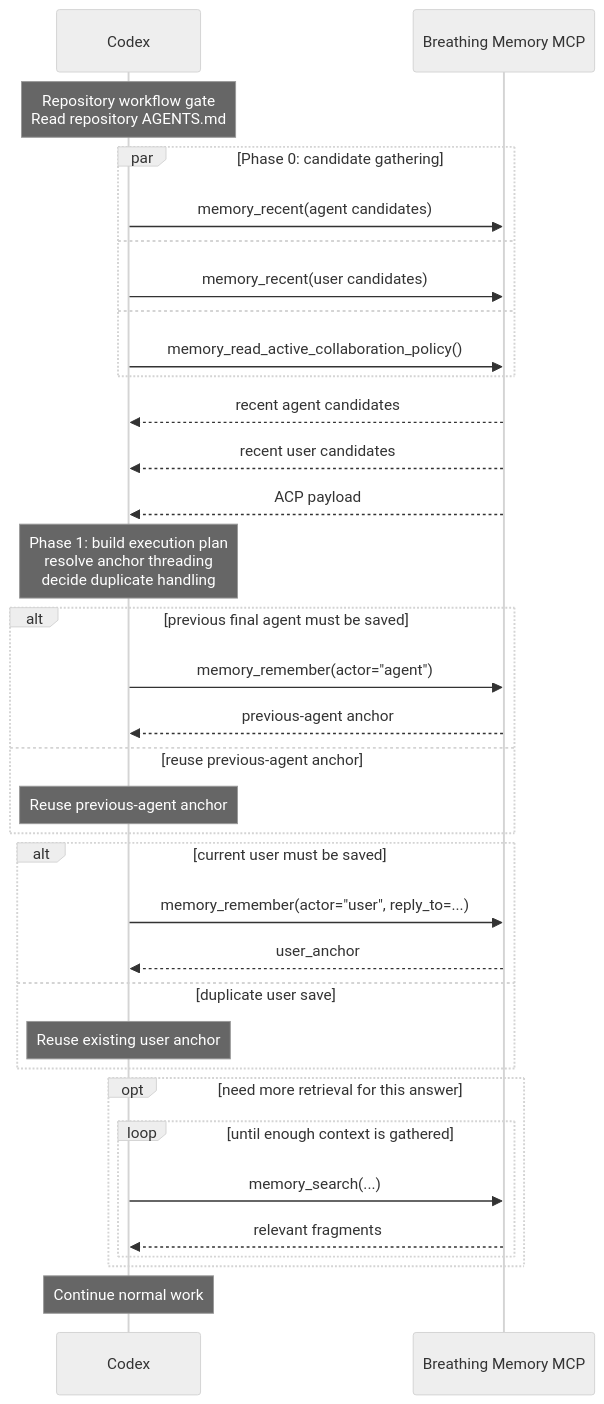
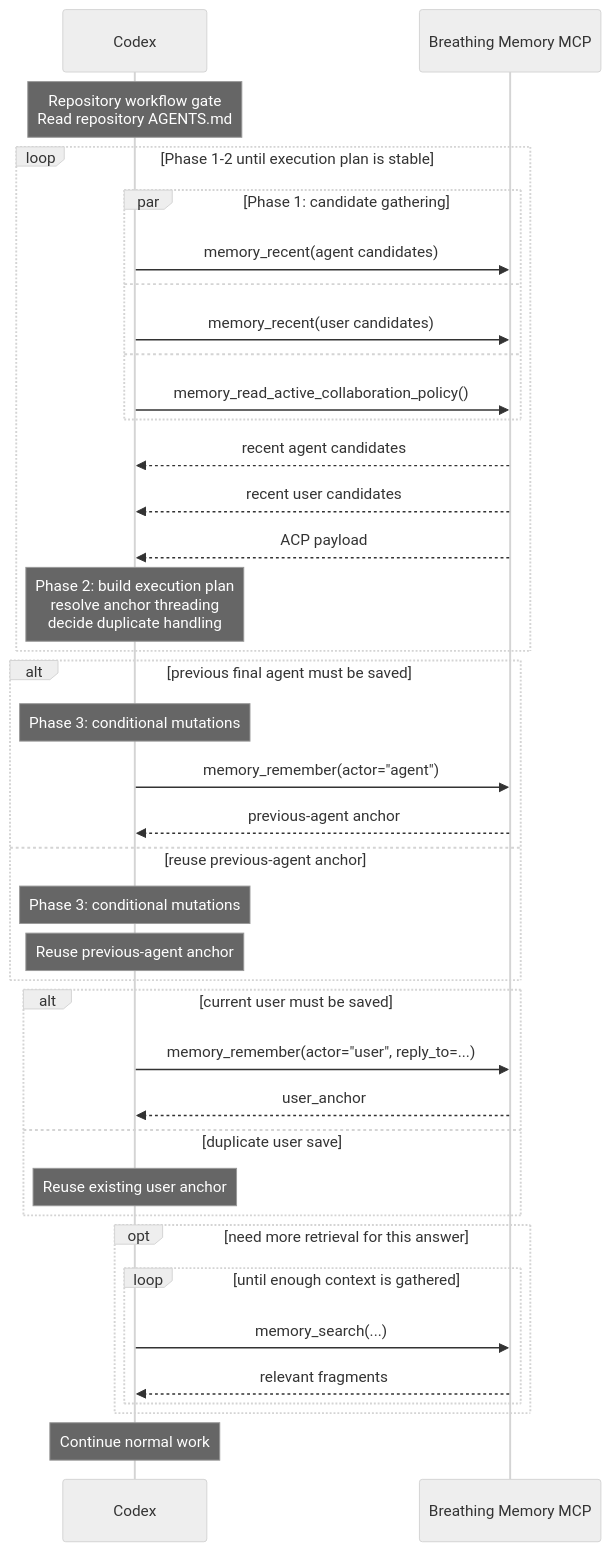
One commit to KazinaG/breathing_memory changed the first of 2 diagrams in docs/mcp-turn-flows.md. Above: the diagram before and after it, drawn with Mermaid (neutral theme). The commit also changed other lines of this file, not shown here.

Commit message:
docs: clarify phase loops in turn-flow diagrams

````diff
--- a/docs/mcp-turn-flows.md
+++ b/docs/mcp-turn-flows.md
@@ -20,44 +20,48 @@
 ```mermaid
 sequenceDiagram
     participant Codex
     participant BM as Breathing Memory MCP
 
     Note over Codex: Repository workflow gate<br/>Read repository AGENTS.md
 
-    par Phase 0: candidate gathering
-        Codex->>BM: memory_recent(agent candidates)
-    and
-        Codex->>BM: memory_recent(user candidates)
-    and
-        Codex->>BM: memory_read_active_collaboration_policy()
+    loop Phase 1-2 until execution plan is stable
+        par Phase 1: candidate gathering
+            Codex->>BM: memory_recent(agent candidates)
+        and
+            Codex->>BM: memory_recent(user candidates)
+        and
+            Codex->>BM: memory_read_active_collaboration_policy()
+        end
+
+        BM-->>Codex: recent agent candidates
+        BM-->>Codex: recent user candidates
+        BM-->>Codex: ACP payload
+
+        Note over Codex: Phase 2: build execution plan<br/>resolve anchor threading<br/>decide duplicate handling
     end
 
-    BM-->>Codex: recent agent candidates
-    BM-->>Codex: recent user candidates
-    BM-->>Codex: ACP payload
-
-    Note over Codex: Phase 1: build execution plan<br/>resolve anchor threading<br/>decide duplicate handling
-
     alt previous final agent must be saved
+        Note over Codex: Phase 3: conditional mutations
         Codex->>BM: memory_remember(actor="agent")
         BM-->>Codex: previous-agent anchor
     else reuse previous-agent anchor
+        Note over Codex: Phase 3: conditional mutations
         Note over Codex: Reuse previous-agent anchor
     end
 
     alt current user must be saved
         Codex->>BM: memory_remember(actor="user", reply_to=...)
         BM-->>Codex: user_anchor
     else duplicate user save
         Note over Codex: Reuse existing user anchor
     end
 
     opt need more retrieval for this answer
         loop until enough context is gathered
             Codex->>BM: memory_search(...)
             BM-->>Codex: relevant fragments
         end
     end
 
     Note over Codex: Continue normal work
 ```
````
